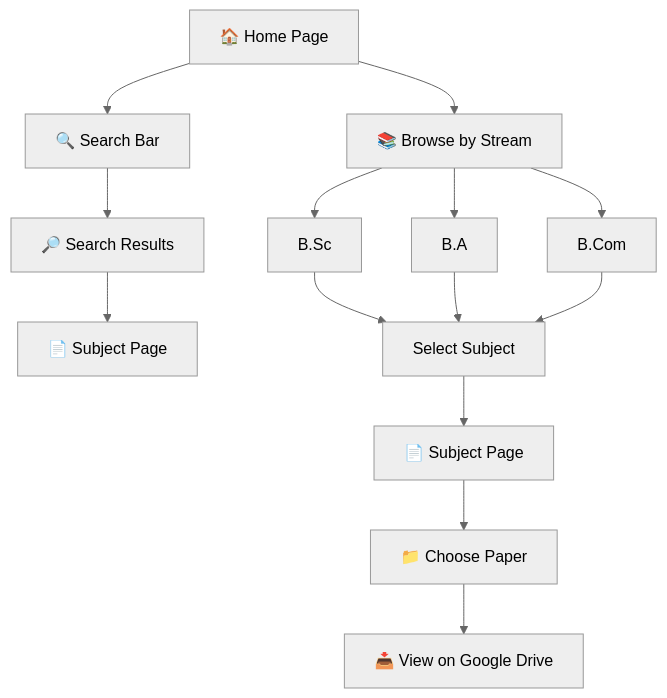
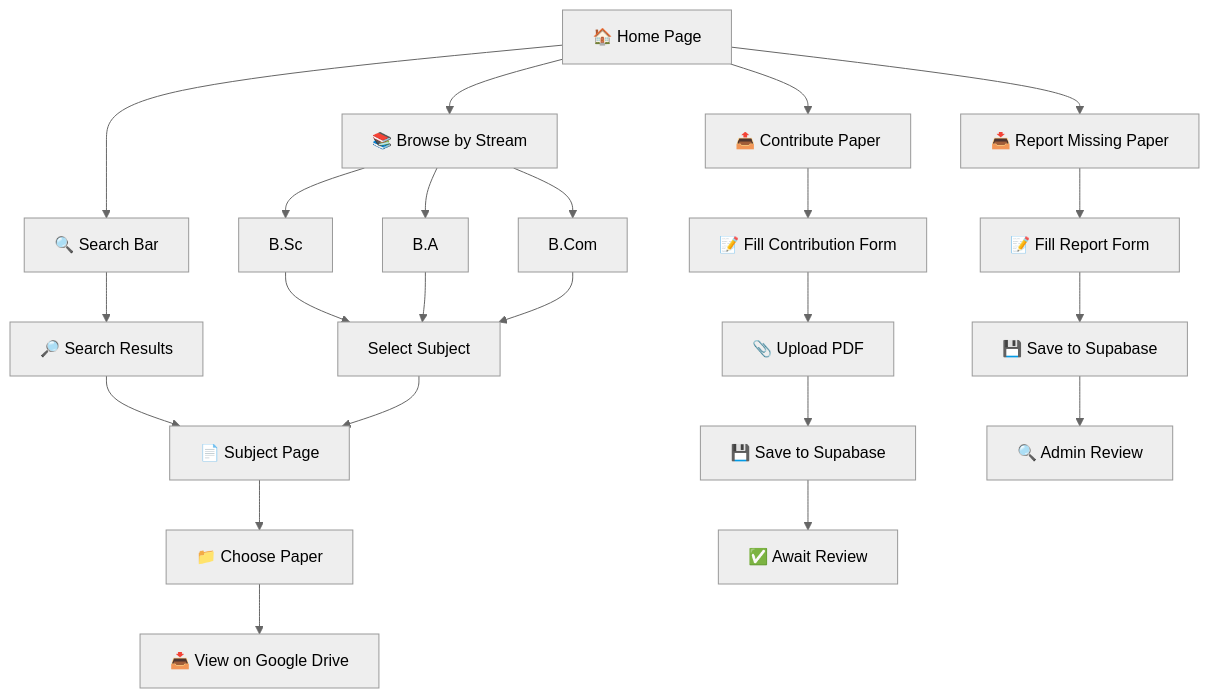
The diagram in README.md (sameer76-byte/CU-Archive), drawn with Mermaid (neutral theme) before and after one commit. The commit also changed other lines of this file, not shown here.

````diff
--- a/README.md
+++ b/README.md
@@ -130,20 +130,32 @@
 ```mermaid
 graph TD
     A[🏠 Home Page] --> B[🔍 Search Bar]
     A --> C[📚 Browse by Stream]
+    A --> D[📤 Contribute Paper]
+    A --> E[📥 Report Missing Paper]
     
-    B --> D[🔎 Search Results]
-    D --> E[📄 Subject Page]
+    B --> F[🔎 Search Results]
+    F --> G[📄 Subject Page]
     
-    C --> F[B.Sc]
-    C --> G[B.A]
-    C --> H[B.Com]
+    C --> H[B.Sc]
+    C --> I[B.A]
+    C --> J[B.Com]
     
-    F --> I[Select Subject]
-    G --> I
-    H --> I
+    H --> K[Select Subject]
+    I --> K
+    J --> K
     
-    I --> J[📄 Subject Page]
-    J --> K[📁 Choose Paper]
-    K --> L[📥 View on Google Drive]
+    K --> G
+    
+    G --> L[📁 Choose Paper]
+    L --> M[📥 View on Google Drive]
+    
+    D --> N[📝 Fill Contribution Form]
+    N --> O[📎 Upload PDF]
+    O --> P[💾 Save to Supabase]
+    P --> Q[✅ Await Review]
+    
+    E --> R[📝 Fill Report Form]
+    R --> S[💾 Save to Supabase]
+    S --> T[🔍 Admin Review]
 ```   
````
